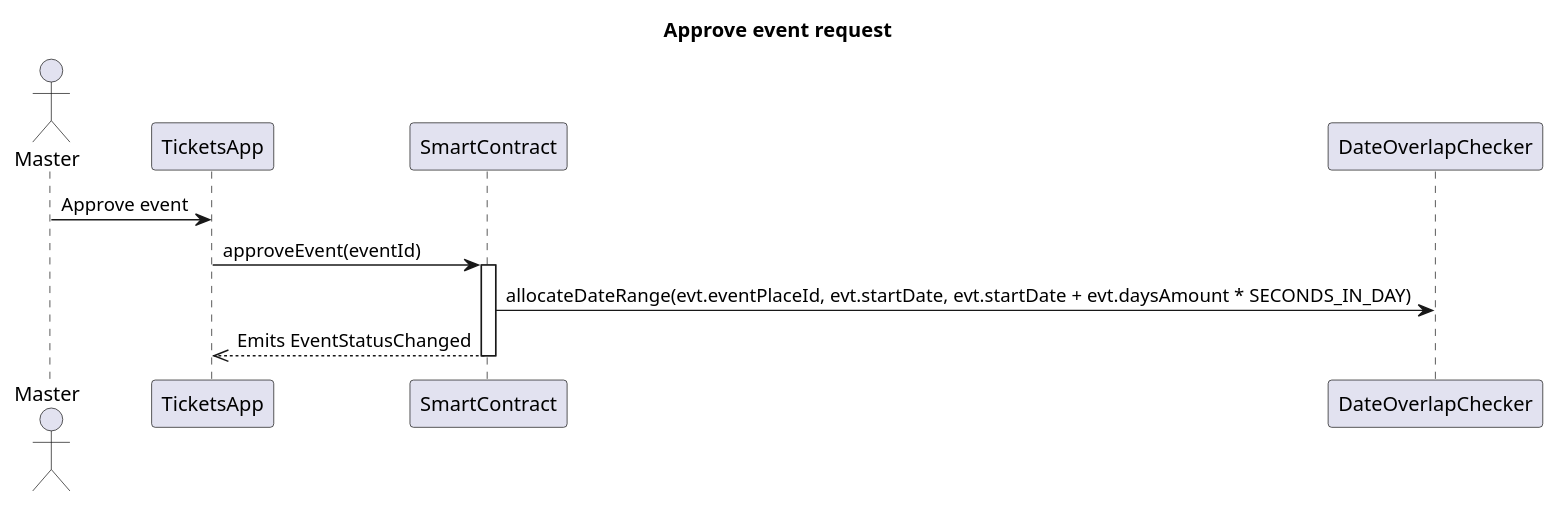
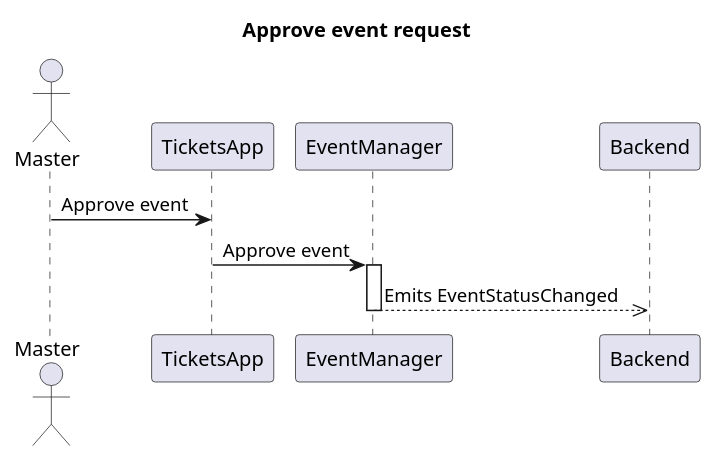
The eighth of 24 diagrams in README.org (ai-shift/cyber-valley-tickets), drawn with PlantUML before and after one commit. The commit also changed other lines of this file and 20 other files, not shown here.

Commit message:
fix: Actualize diagrams

```diff
--- a/README.org
+++ b/README.org
@@ -242,15 +242,14 @@
 #+begin_src plantuml :file ./img/approve-event-request.png
 title Approve event request
 
 actor Master
 participant TicketsApp
-participant SmartContract
-participant DateOverlapChecker
+participant EventManager
+participant Backend
 
 Master -> TicketsApp: Approve event
-TicketsApp -> SmartContract: approveEvent(eventId)
-activate SmartContract
-SmartContract -> DateOverlapChecker: allocateDateRange(evt.eventPlaceId, evt.startDate, evt.startDate + evt.daysAmount * SECONDS_IN_DAY)
-SmartContract -->> TicketsApp: Emits EventStatusChanged
-deactivate SmartContract
+TicketsApp -> EventManager: Approve event
+activate EventManager
+EventManager -->> Backend: Emits EventStatusChanged
+deactivate EventManager
 #+end_src
```
